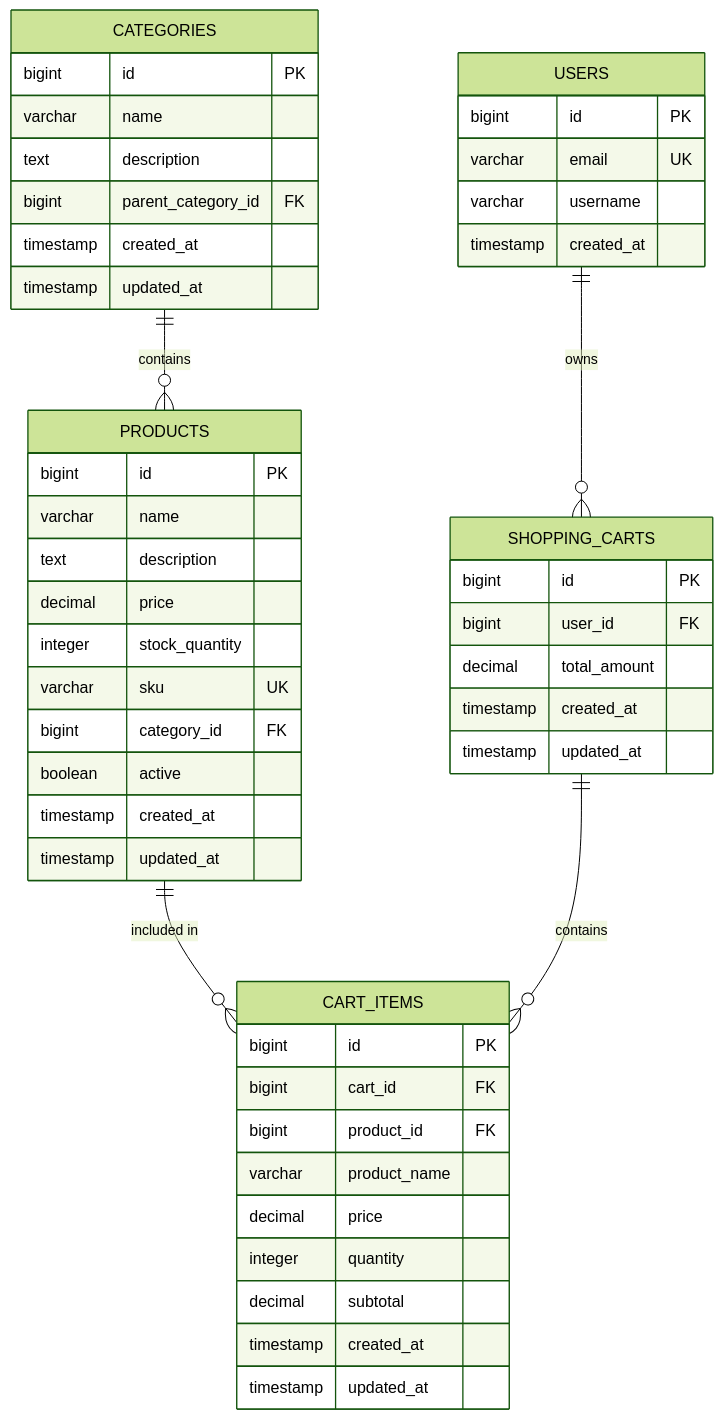
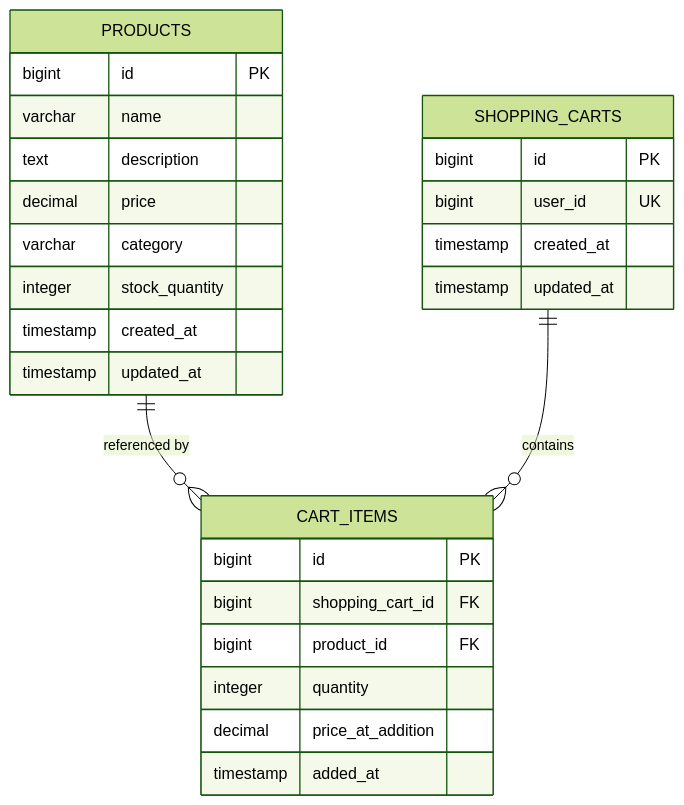
Before and after one commit to NavneetBN47/aava-ecom-demo: the seventh of 26 diagrams in docs/LLD/modified_lld.md, drawn with Mermaid (forest theme). The commit also changed other lines of this file, not shown here.

````diff
--- a/docs/LLD/modified_lld.md
+++ b/docs/LLD/modified_lld.md
@@ -522,56 +551,32 @@
 ```mermaid
 erDiagram
-    CATEGORIES ||--o{ PRODUCTS : contains
-    PRODUCTS ||--o{ CART_ITEMS : "included in"
+    PRODUCTS ||--o{ CART_ITEMS : "referenced by"
     SHOPPING_CARTS ||--o{ CART_ITEMS : contains
-    USERS ||--o{ SHOPPING_CARTS : owns
-    
-    CATEGORIES {
-        bigint id PK
-        varchar name
-        text description
-        bigint parent_category_id FK
-        timestamp created_at
-        timestamp updated_at
-    }
     
     PRODUCTS {
         bigint id PK
         varchar name
         text description
         decimal price
+        varchar category
         integer stock_quantity
-        varchar sku UK
-        bigint category_id FK
-        boolean active
         timestamp created_at
         timestamp updated_at
     }
     
     SHOPPING_CARTS {
         bigint id PK
-        bigint user_id FK
-        decimal total_amount
+        bigint user_id UK
         timestamp created_at
         timestamp updated_at
     }
     
     CART_ITEMS {
         bigint id PK
-        bigint cart_id FK
+        bigint shopping_cart_id FK
         bigint product_id FK
-        varchar product_name
-        decimal price
         integer quantity
-        decimal subtotal
-        timestamp created_at
-        timestamp updated_at
-    }
-    
-    USERS {
-        bigint id PK
-        varchar email UK
-        varchar username
-        timestamp created_at
+        decimal price_at_addition
+        timestamp added_at
     }
 ```
````
